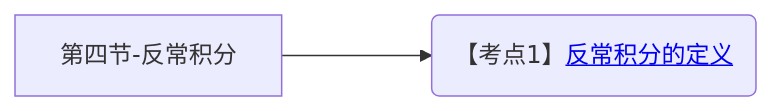
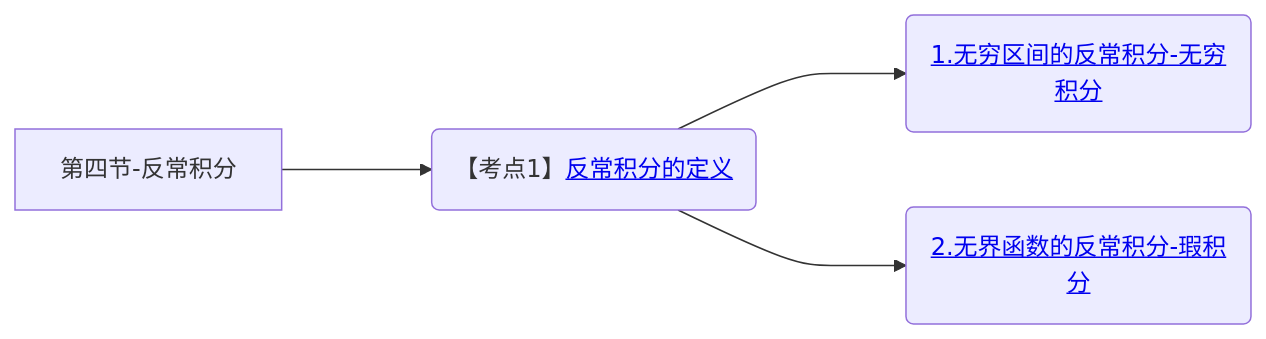
Diagram 22 of 22 in 笔记/数学/周洋鑫/01.基础班思维导图.md (yuebinghui/note), drawn with Mermaid before and after one commit. The commit also changed 5 other files, not shown here.

````diff
--- a/笔记/数学/周洋鑫/01.基础班思维导图.md
+++ b/笔记/数学/周洋鑫/01.基础班思维导图.md
@@ -789,9 +789,11 @@
 ```mermaid
 graph LR
 第四节-反常积分
 
 第四节-反常积分--->反常积分的定义(【考点1】<a href="/Users/yuebinghui/Documents/program/github/note/笔记/数学/周洋鑫/基础班/25.定积分的应用.md#反常积分的定义">反常积分的定义</>)
+反常积分的定义--->1.无穷区间的反常积分-无穷积分(<a href="/Users/yuebinghui/Documents/program/github/note/笔记/数学/周洋鑫/基础班/25.定积分的应用.md#1.无穷区间的反常积分-无穷积分">1.无穷区间的反常积分-无穷积分</>)
+反常积分的定义--->2.无界函数的反常积分-瑕积分(<a href="/Users/yuebinghui/Documents/program/github/note/笔记/数学/周洋鑫/基础班/25.定积分的应用.md#2.无界函数的反常积分-瑕积分">2.无界函数的反常积分-瑕积分</>)
 
 
 
 ```
````
